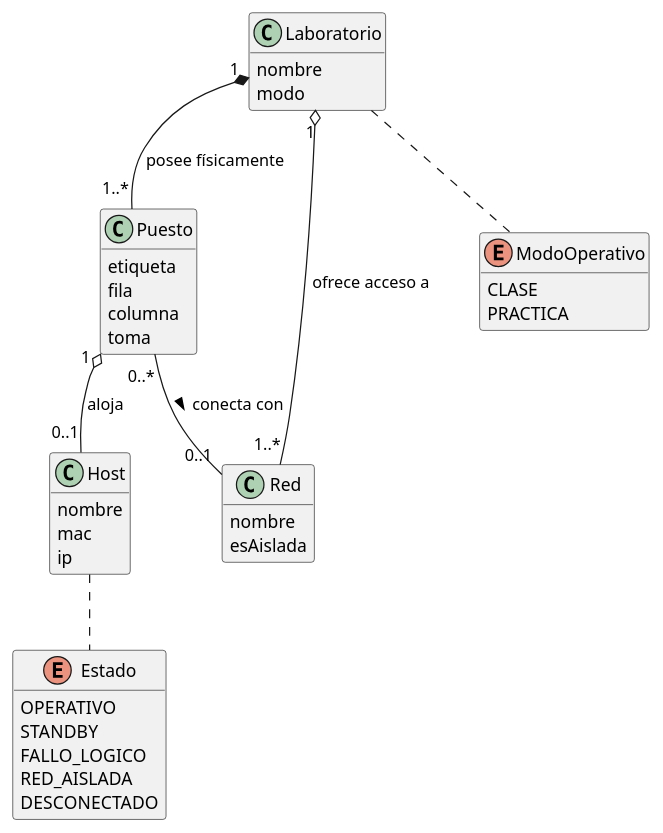
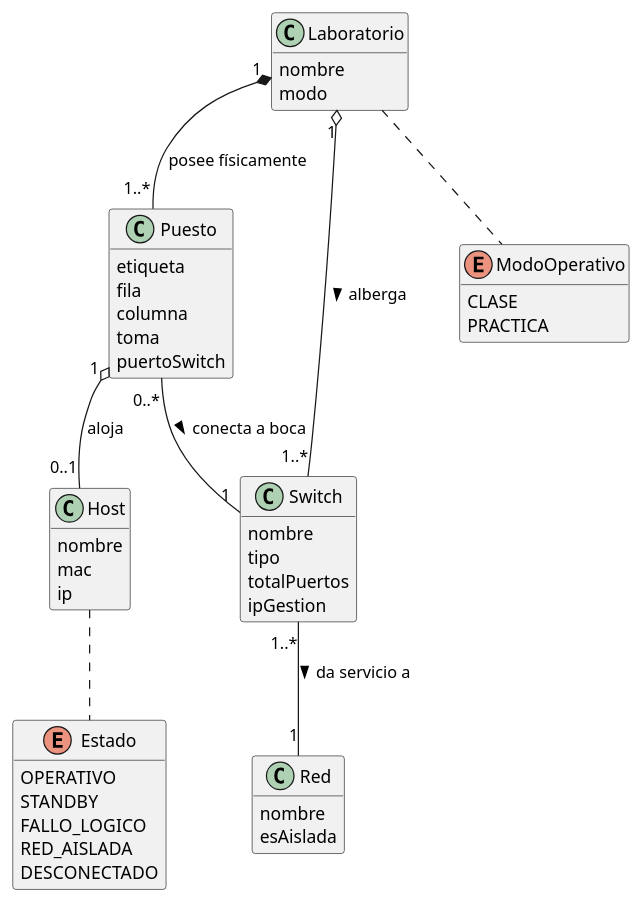
One commit to Carlos-Lima2510/mesh-panel changed the diagram in RUP/00-modelo-del-dominio/diagrama-clases.puml. Above: the diagram before and after it, drawn with PlantUML.

Commit message:
feat: Update class diagram to include Switch class and refine relationships

```diff
--- a/RUP/00-modelo-del-dominio/diagrama-clases.puml
+++ b/RUP/00-modelo-del-dominio/diagrama-clases.puml
@@ -1,50 +1,60 @@
 @startuml diagrama-clases
 
 hide empty members
 
 class Laboratorio {
     nombre
     modo
 }
 
 class Puesto {
     etiqueta
     fila
     columna
     toma
+    puertoSwitch
 }
 
 class Host {
     nombre
     mac
     ip
+}
+
+class Switch {
+    nombre
+    tipo
+    totalPuertos
+    ipGestion
 }
 
 class Red {
     nombre
     esAislada
 }
 
 enum ModoOperativo {
     CLASE
     PRACTICA
 }
 
 enum Estado {
     OPERATIVO
     STANDBY
     FALLO_LOGICO
     RED_AISLADA
     DESCONECTADO
 }
 
-Laboratorio..ModoOperativo
-Host..Estado
+Laboratorio .. ModoOperativo
+Host .. Estado
 
 Laboratorio "1" *-- "1..*" Puesto : posee físicamente
-Laboratorio "1" o-- "1..*" Red : ofrece acceso a
+Laboratorio "1" o-- "1..*" Switch : alberga >
 
+Puesto "0..*" -- "1" Switch : conecta a boca >
 Puesto "1" o-- "0..1" Host : aloja
-Puesto "0..*" -- "0..1" Red : conecta con >
+
+Switch "1..*" -- "1" Red : da servicio a >
 
 @enduml
```
